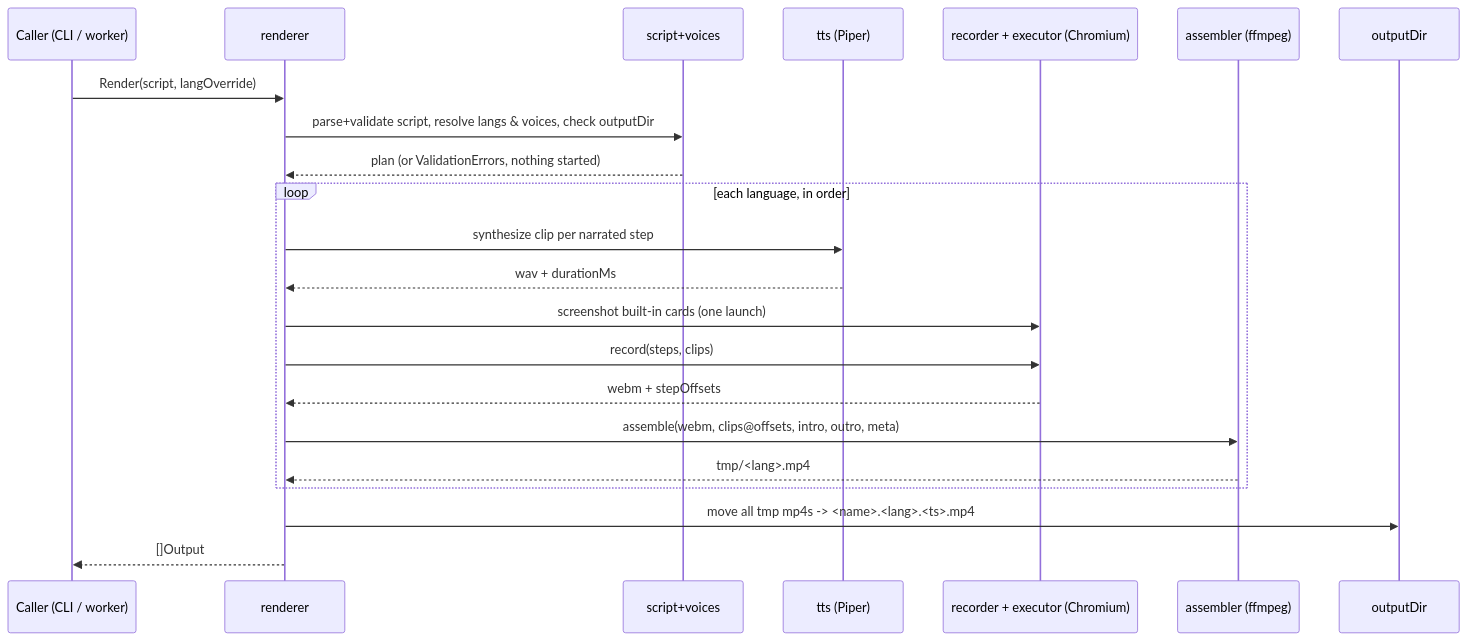
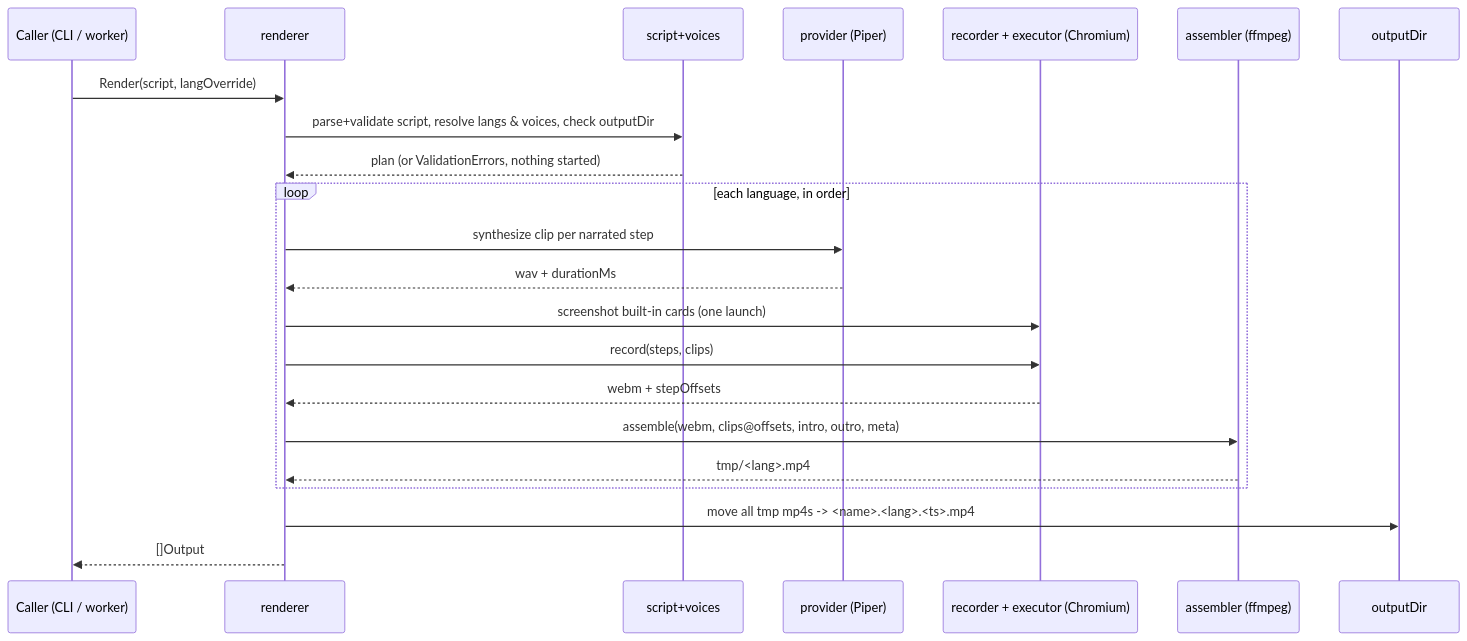
The second of 3 diagrams in docs/ARCHITECTURE.md (makuchpatryk/screencaster), drawn with Mermaid before and after one commit. The commit also changed other lines of this file and 2 other files, not shown here.

First line of the commit message:
Move TTS provider check to CLI render start

````diff
--- a/docs/ARCHITECTURE.md
+++ b/docs/ARCHITECTURE.md
@@ -89,25 +92,25 @@
 ```mermaid
 sequenceDiagram
     participant C as Caller (CLI / worker)
     participant R as renderer
     participant V as script+voices
-    participant T as tts (Piper)
+    participant T as provider (Piper)
     participant B as recorder + executor (Chromium)
     participant A as assembler (ffmpeg)
     participant FS as outputDir
 
     C->>R: Render(script, langOverride)
     R->>V: parse+validate script, resolve langs & voices, check outputDir
     V-->>R: plan (or ValidationErrors, nothing started)
     loop each language, in order
         R->>T: synthesize clip per narrated step
         T-->>R: wav + durationMs
         R->>B: screenshot built-in cards (one launch)
         R->>B: record(steps, clips)
         B-->>R: webm + stepOffsets
         R->>A: assemble(webm, clips@offsets, intro, outro, meta)
         A-->>R: tmp/<lang>.mp4
     end
     R->>FS: move all tmp mp4s -> <name>.<lang>.<ts>.mp4
     R-->>C: []Output
 ```
````
